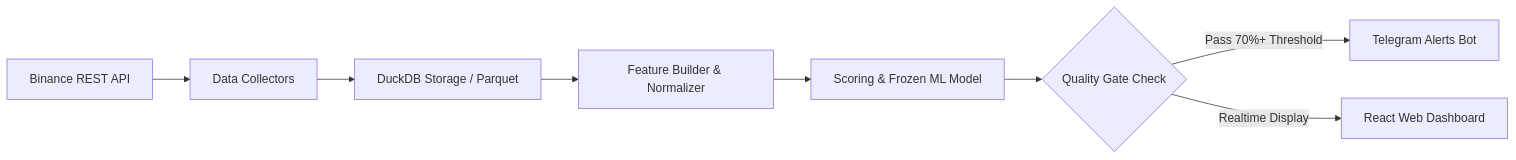
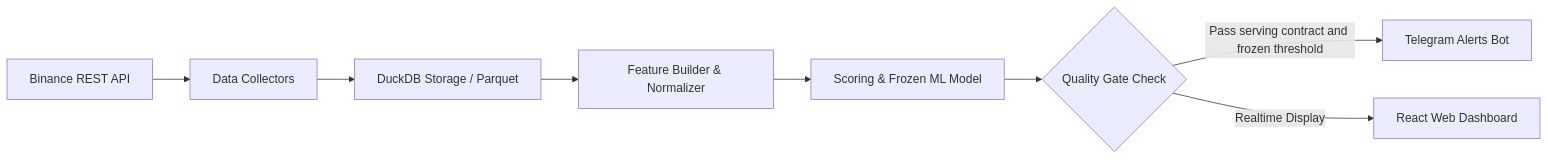
One commit to mrcanlaco/Dao-Vang-Peak-Pulse changed the diagram in README.en.md. Above: the diagram before and after it, drawn with Mermaid. The commit also changed other lines of this file and 70 other files, not shown here.

````diff
--- a/README.en.md
+++ b/README.en.md
@@ -90,10 +99,10 @@
 ```mermaid
 flowchart LR
     A[Binance REST API] --> B[Data Collectors]
     B --> C[DuckDB Storage / Parquet]
     C --> D[Feature Builder & Normalizer]
     D --> E[Scoring & Frozen ML Model]
     E --> F{Quality Gate Check}
-    F -->|Pass 70%+ Threshold| G[Telegram Alerts Bot]
+    F -->|Pass serving contract and frozen threshold| G[Telegram Alerts Bot]
     F -->|Realtime Display| H[React Web Dashboard]
 ```
````
